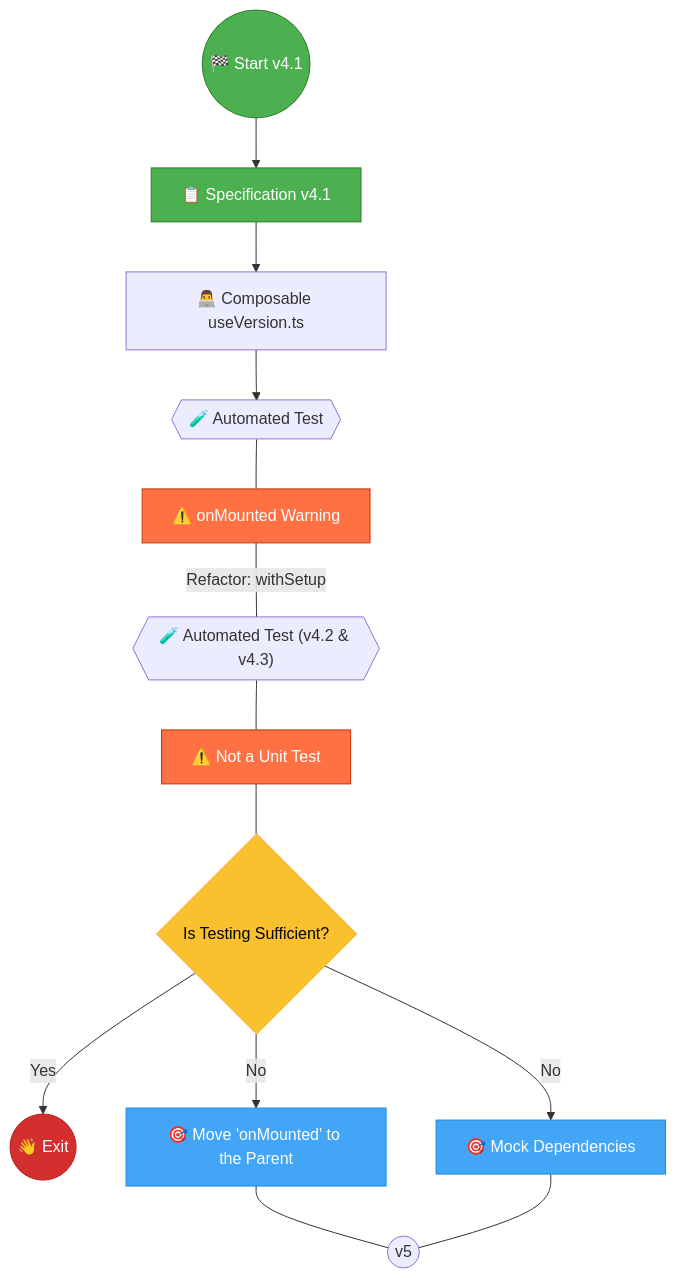
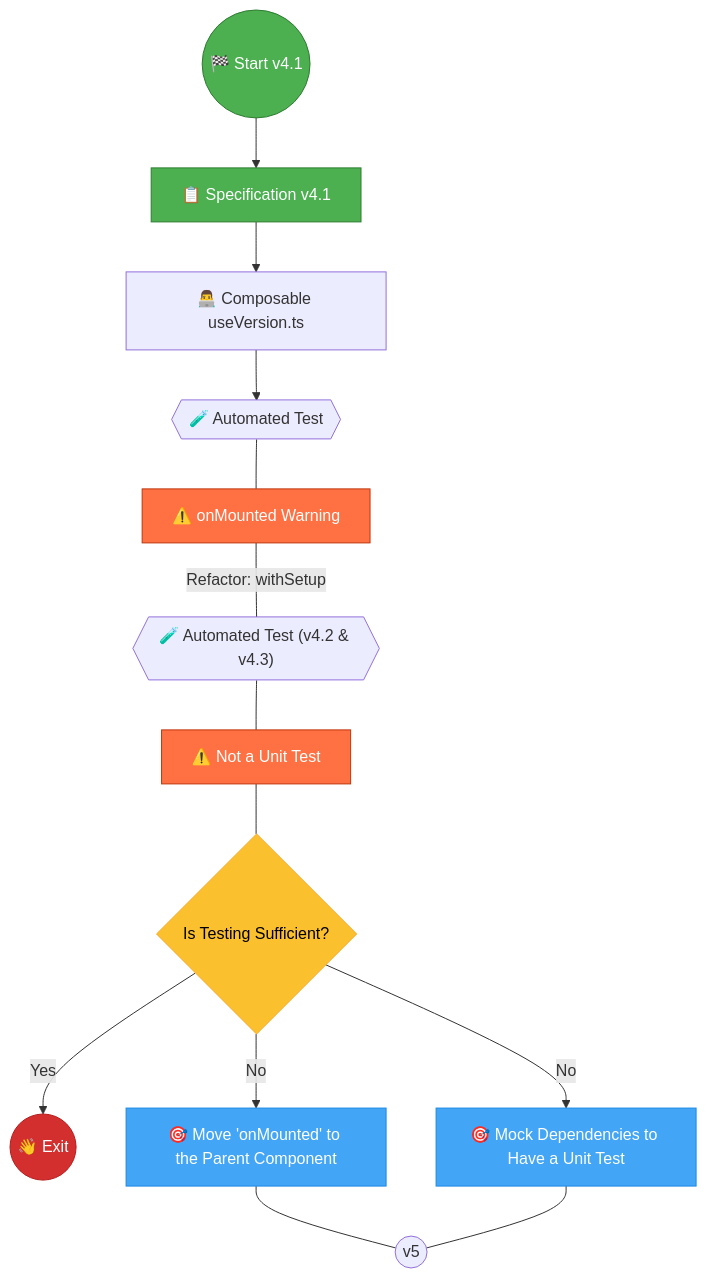
One commit to jeromeabel/nuxt-clean-architecture changed the diagram in docs/Testing a Simple Nuxt Feature - 7 - Test the composable (v4).md. Above: the diagram before and after it, drawn with Mermaid. The commit also changed 3 other files, not shown here.

````diff
--- a/docs/Testing a Simple Nuxt Feature - 7 - Test the composable (v4).md
+++ b/docs/Testing a Simple Nuxt Feature - 7 - Test the composable (v4).md
@@ -185,39 +185,39 @@
 ```mermaid
 graph TB
 
     %% Start
     A((🏁 Start v4.1)):::start
 
     %% Specification v4 Checklist
     B[📋 Specification v4.1]:::start
 
     %% Development Process
     C["👨‍💻 Composable useVersion.ts"]
 
     %% Test
     D{{"🧪 Automated Test"}}
     E[⚠️ onMounted Warning]:::issue
     F{{"🧪 Automated Test (v4.2 & v4.3)"}}
     G[⚠️ Not a Unit Test]:::issue
 
 
     H{Is Testing Sufficient?}:::decision
     I((👋 Exit)):::exit
-    J["🎯 Move 'onMounted' to the Parent"]:::action
-    K["🎯 Mock Dependencies"]:::action
+    J["🎯 Move 'onMounted' to the Parent Component"]:::action
+    K["🎯 Mock Dependencies to Have a Unit Test"]:::action
     L((v5))
 
     %% Connections
     A --> B --> C --> D
     D --- E --- | Refactor: withSetup| F --- G --- H
     H --> |No| J & K --- L
     H --> |Yes| I
 
     %% Define Styles
     classDef start fill:#4CAF50,stroke:#2E7D32,color:#FFFFFF;
     classDef exit fill:#D32F2F,stroke:#B71C1C,color:#FFFFFF;
     classDef decision fill:#FBC02D,stroke:#F9A825,color:#000000;
     classDef issue fill:#FF7043,stroke:#BF360C,color:#FFFFFF;
     classDef action fill:#42A5F5,stroke:#1E88E5,color:#FFFFFF;
     classDef checklist fill:#E1F5FE,stroke:#0277BD,color:#000000;
 ```
````
